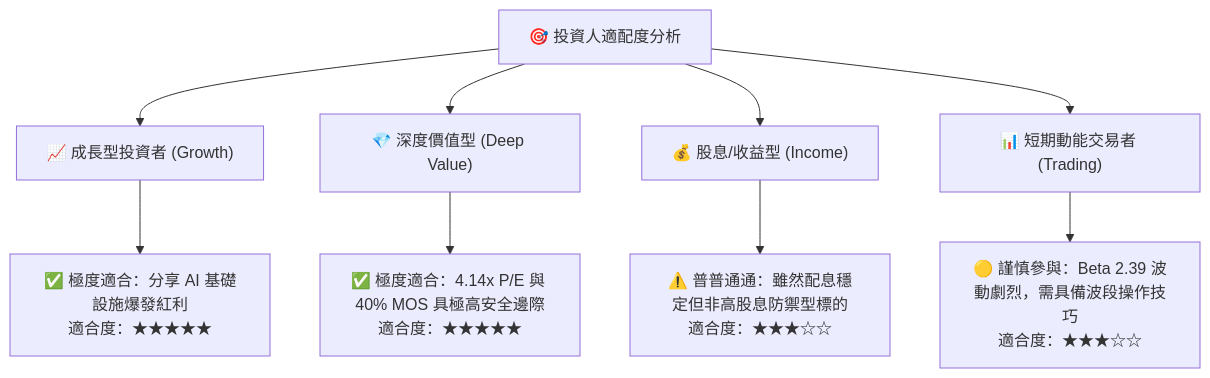
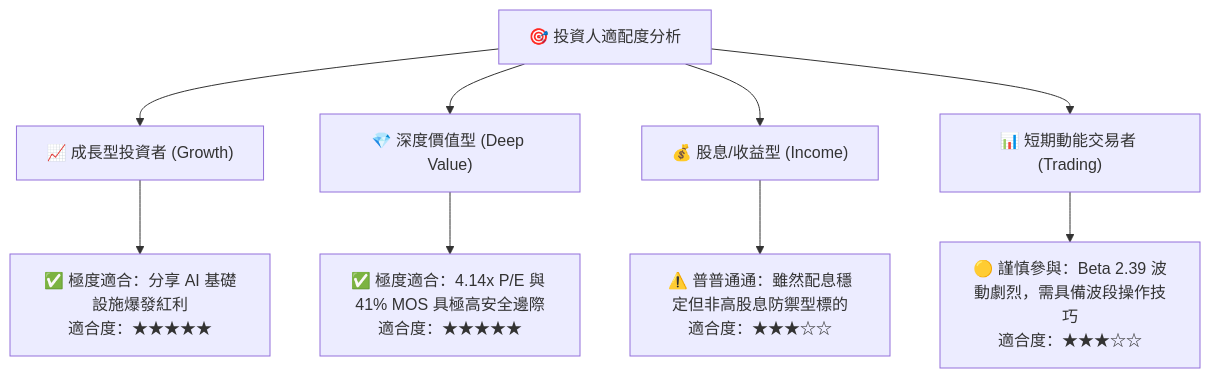
One commit to yennanliu/finance_data changed diagram 15 of 15 in ai_gen_report/fundamental/skhy/fundamental_analysis_2026-10-20_gemini.md. Above: the diagram before and after it, drawn with Mermaid. The commit also changed other lines of this file and 339 other files, not shown here.

````diff
--- a/ai_gen_report/fundamental/skhy/fundamental_analysis_2026-10-20_gemini.md
+++ b/ai_gen_report/fundamental/skhy/fundamental_analysis_2026-10-20_gemini.md
@@ -1070,14 +1085,14 @@
 ```mermaid
 graph TD
     INV["🎯 投資人適配度分析"]
 
     INV --> G["📈 成長型投資者 (Growth)"]
     INV --> V["💎 深度價值型 (Deep Value)"]
     INV --> D["💰 股息/收益型 (Income)"]
     INV --> T["📊 短期動能交易者 (Trading)"]
 
     G --> G1["✅ 極度適合：分享 AI 基礎設施爆發紅利<br/>適合度：★★★★★"]
-    V --> V1["✅ 極度適合：4.14x P/E 與 40% MOS 具極高安全邊際<br/>適合度：★★★★★"]
+    V --> V1["✅ 極度適合：4.14x P/E 與 41% MOS 具極高安全邊際<br/>適合度：★★★★★"]
     D --> D1["⚠️ 普普通通：雖然配息穩定但非高股息防禦型標的<br/>適合度：★★★☆☆"]
     T --> T1["🟡 謹慎參與：Beta 2.39 波動劇烈，需具備波段操作技巧<br/>適合度：★★★☆☆"]
 ```
````
